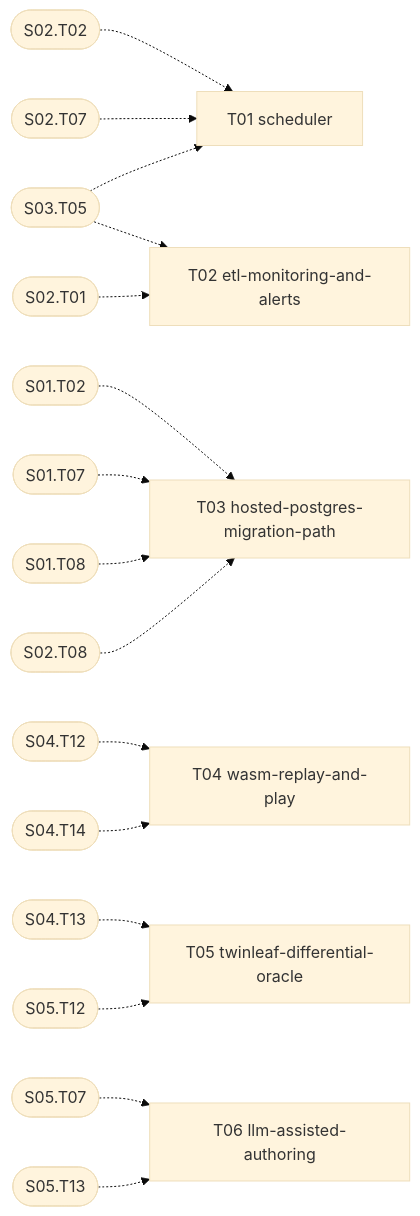
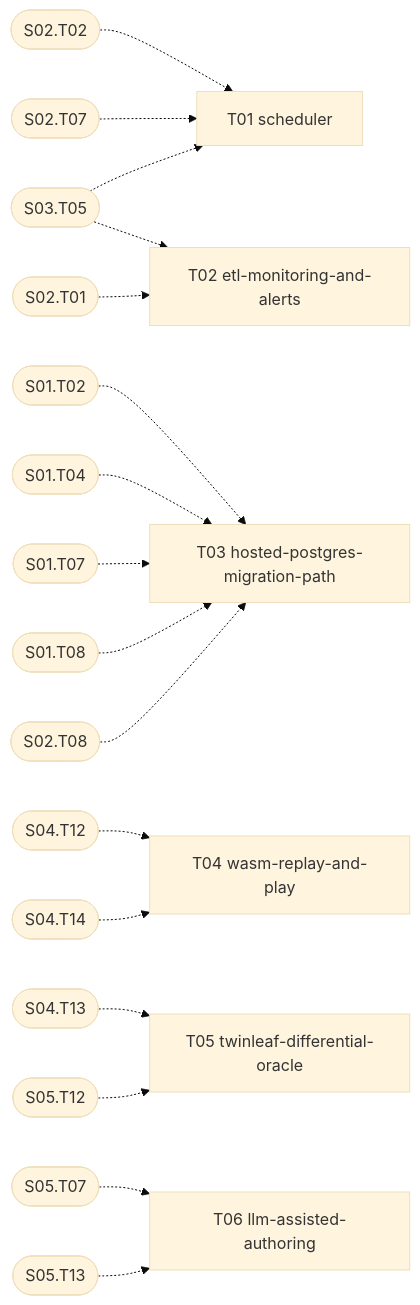
One commit to ManoFardo-PR/pokemon2 changed the diagram in docs/stages/08-operations-and-extensions/README.md. Above: the diagram before and after it, drawn with Mermaid (base theme). The commit also changed other lines of this file and 8 other files, not shown here.

````diff
--- a/docs/stages/08-operations-and-extensions/README.md
+++ b/docs/stages/08-operations-and-extensions/README.md
@@ -33,24 +33,25 @@
 ```mermaid
 graph LR
   S08_T01["T01 scheduler"]
   S08_T02["T02 etl-monitoring-and-alerts"]
   S08_T03["T03 hosted-postgres-migration-path"]
   S08_T04["T04 wasm-replay-and-play"]
   S08_T05["T05 twinleaf-differential-oracle"]
   S08_T06["T06 llm-assisted-authoring"]
   S02_T02(["S02.T02"]) -.-> S08_T01
   S02_T07(["S02.T07"]) -.-> S08_T01
   S03_T05(["S03.T05"]) -.-> S08_T01
   S02_T01(["S02.T01"]) -.-> S08_T02
   S03_T05(["S03.T05"]) -.-> S08_T02
   S01_T02(["S01.T02"]) -.-> S08_T03
+  S01_T04(["S01.T04"]) -.-> S08_T03
   S01_T07(["S01.T07"]) -.-> S08_T03
   S01_T08(["S01.T08"]) -.-> S08_T03
   S02_T08(["S02.T08"]) -.-> S08_T03
   S04_T12(["S04.T12"]) -.-> S08_T04
   S04_T14(["S04.T14"]) -.-> S08_T04
   S04_T13(["S04.T13"]) -.-> S08_T05
   S05_T12(["S05.T12"]) -.-> S08_T05
   S05_T07(["S05.T07"]) -.-> S08_T06
   S05_T13(["S05.T13"]) -.-> S08_T06
 ```
````
